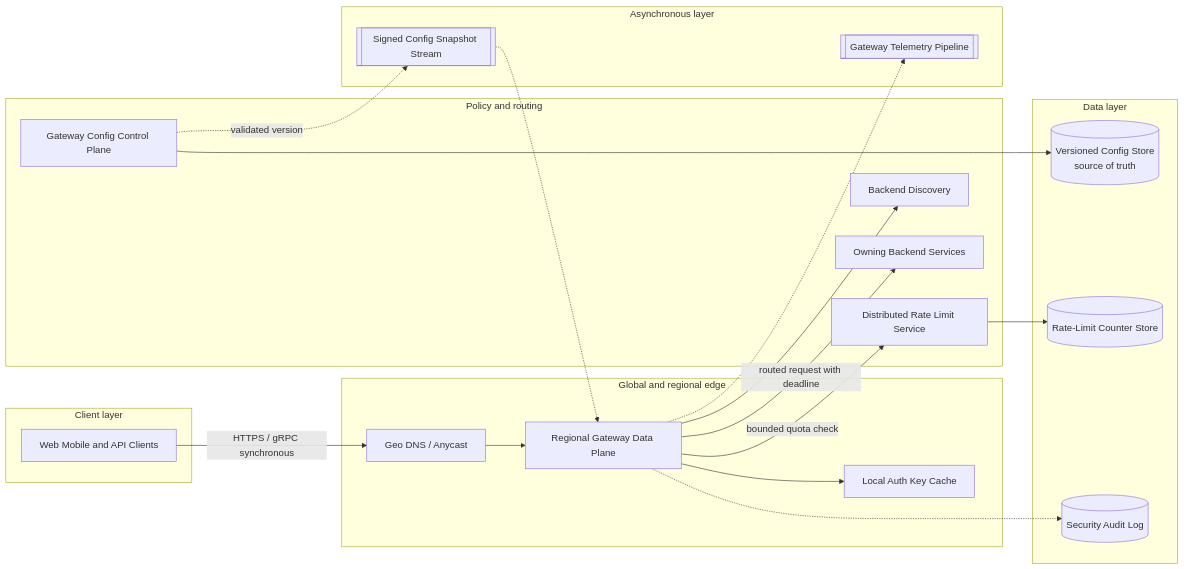
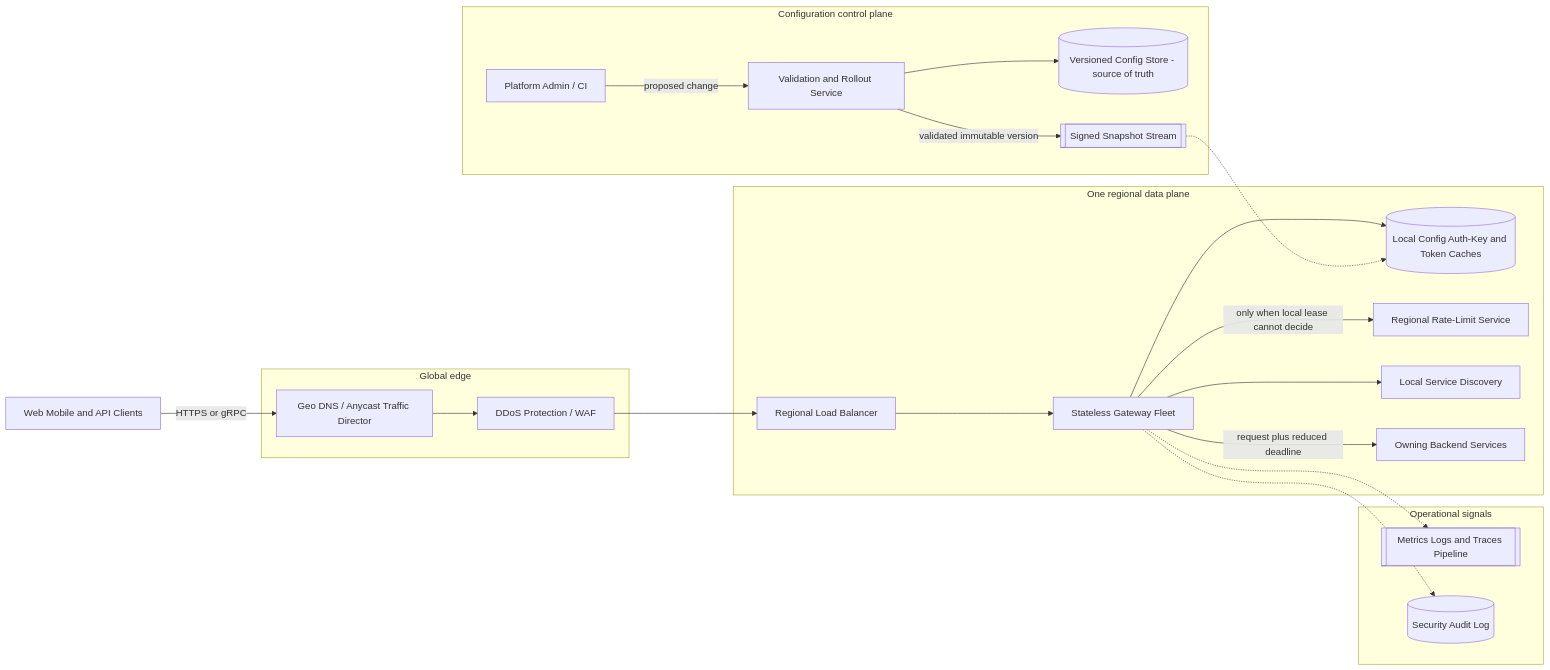
Before and after one commit to rahulsharma001/go-internals: the diagram in 04 System Design/Systems/API Gateway System.md, drawn with Mermaid. The commit also changed other lines of this file and 1 other file, not shown here.

````diff
--- a/04 System Design/Systems/API Gateway System.md
+++ b/04 System Design/Systems/API Gateway System.md
@@ -124,38 +215,46 @@
 ```mermaid
 flowchart LR
-  subgraph C[Client layer]
-    CL[Web Mobile and API Clients]
+  Client[Web Mobile and API Clients]
+
+  subgraph Global[Global edge]
+    GTR[Geo DNS / Anycast Traffic Director]
+    WAF[DDoS Protection / WAF]
   end
-  subgraph E[Global and regional edge]
-    DNS[Geo DNS / Anycast]
-    GW[Regional Gateway Data Plane]
-    AUTH[Local Auth Key Cache]
+
+  subgraph Region[One regional data plane]
+    RLB[Regional Load Balancer]
+    GW[Stateless Gateway Fleet]
+    Local[(Local Config Auth-Key and Token Caches)]
+    RL[Regional Rate-Limit Service]
+    Discover[Local Service Discovery]
+    Backend[Owning Backend Services]
   end
-  subgraph S[Policy and routing]
-    RL[Distributed Rate Limit Service]
-    DISC[Backend Discovery]
-    CP[Gateway Config Control Plane]
-    BE[Owning Backend Services]
+
+  subgraph Control[Configuration control plane]
+    Admin[Platform Admin / CI]
+    CP[Validation and Rollout Service]
+    ConfigDB[(Versioned Config Store - source of truth)]
+    Stream[[Signed Snapshot Stream]]
   end
-  subgraph D[Data layer]
-    CFG[(Versioned Config Store<br/>source of truth)]
-    CNT[(Rate-Limit Counter Store)]
-    AUD[(Security Audit Log)]
+
+  subgraph Signals[Operational signals]
+    Telemetry[[Metrics Logs and Traces Pipeline]]
+    Audit[(Security Audit Log)]
   end
-  subgraph A[Asynchronous layer]
-    SNAP[[Signed Config Snapshot Stream]]
-    TEL[[Gateway Telemetry Pipeline]]
-  end
-  CL -->|HTTPS / gRPC synchronous| DNS
-  DNS --> GW
-  GW --> AUTH
-  GW -->|bounded quota check| RL
-  RL --> CNT
-  GW -->|routed request with deadline| BE
-  GW --> DISC
-  GW -.-> TEL
-  GW -.-> AUD
-  CP --> CFG
-  CP -.->|validated version| SNAP
-  SNAP -.-> GW
+
+  Client -->|HTTPS or gRPC| GTR
+  GTR --> WAF
+  WAF --> RLB
+  RLB --> GW
+  GW --> Local
+  GW -->|only when local lease cannot decide| RL
+  GW --> Discover
+  GW -->|request plus reduced deadline| Backend
+  GW -.-> Telemetry
+  GW -.-> Audit
+
+  Admin -->|proposed change| CP
+  CP --> ConfigDB
+  CP -->|validated immutable version| Stream
+  Stream -.-> Local
 ```
````
